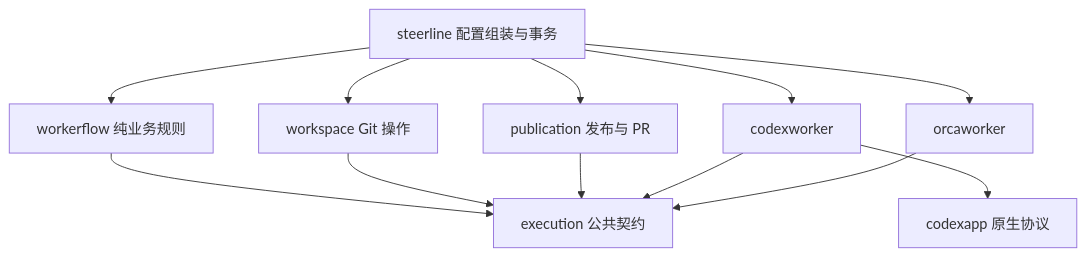
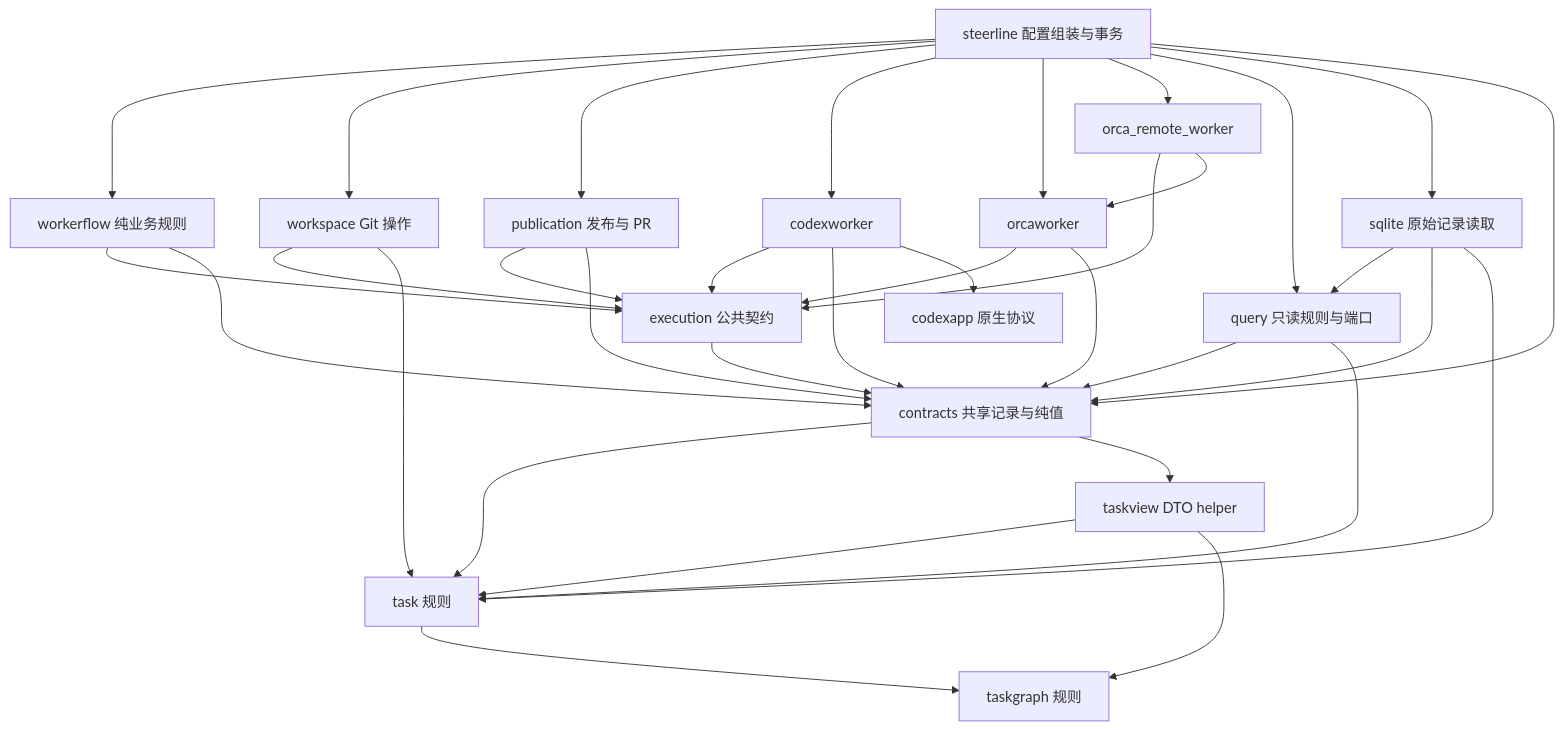
The first of 2 diagrams in docs/roadmap/execution-isolation.md (erranliu/SteerLine), drawn with Mermaid before and after one commit. The commit also changed other lines of this file and 19 other files, not shown here.

Commit message:
docs: align execution isolation plans with contracts and remote worker

````diff
--- a/docs/roadmap/execution-isolation.md
+++ b/docs/roadmap/execution-isolation.md
@@ -44,14 +46,36 @@
 ```mermaid
 flowchart TD
     Center["steerline 配置组装与事务"] --> Flow["workerflow 纯业务规则"]
     Center --> Workspace["workspace Git 操作"]
     Center --> Publication["publication 发布与 PR"]
     Center --> Codex["codexworker"]
     Center --> Orca["orcaworker"]
+    Center --> Remote["orca_remote_worker"]
+    Center --> Query["query 只读规则与端口"]
+    Center --> SQL["sqlite 原始记录读取"]
+    Center --> Data["contracts 共享记录与纯值"]
     Flow --> Contract["execution 公共契约"]
+    Flow --> Data
+    Contract --> Data
+    Data --> Task["task 规则"]
+    Data --> TaskView["taskview DTO helper"]
     Workspace --> Contract
+    Workspace --> Task
     Publication --> Contract
+    Publication --> Data
     Codex --> Contract
+    Codex --> Data
     Orca --> Contract
+    Orca --> Data
+    Remote --> Contract
+    Remote --> Orca
+    Query --> Data
+    Query --> Task
+    SQL --> Query
+    SQL --> Data
+    SQL --> Task
+    Task --> TaskGraph["taskgraph 规则"]
+    TaskView --> Task
+    TaskView --> TaskGraph
     Codex --> App["codexapp 原生协议"]
 ```
````
